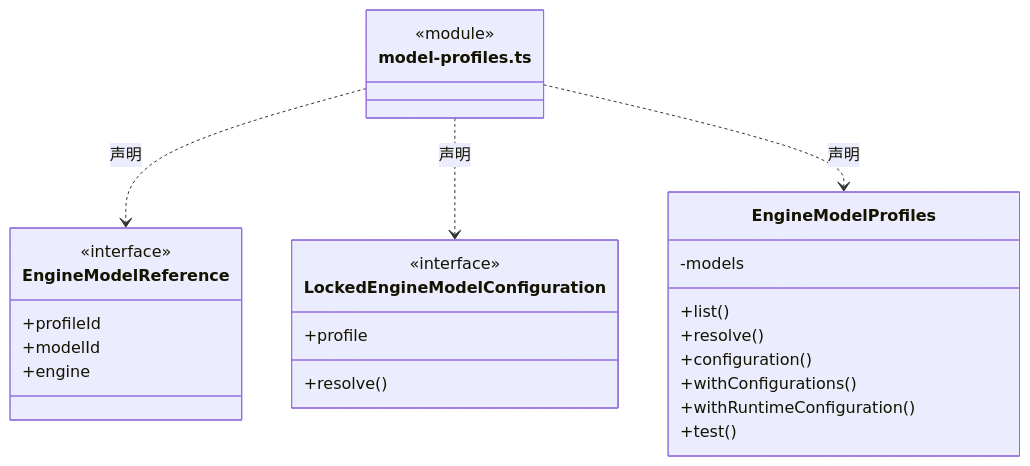
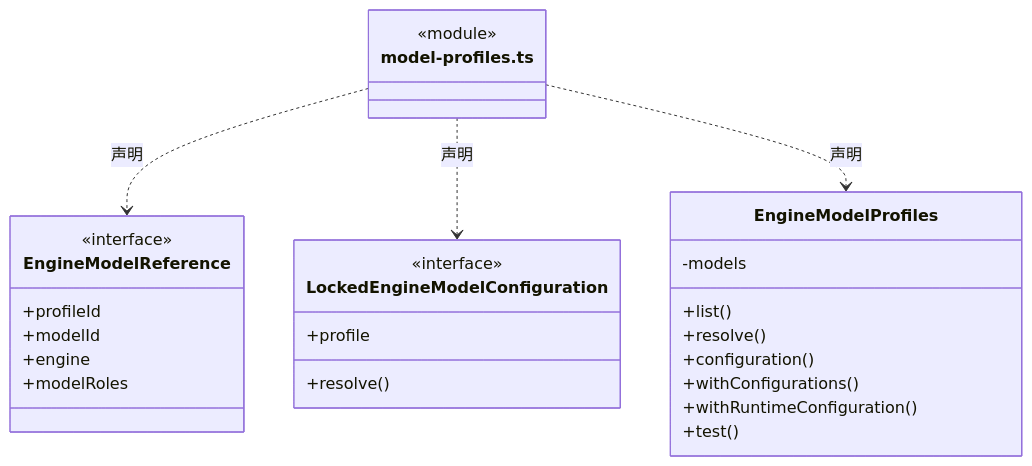
The second of 3 diagrams in src/logic/engines/service/ARCHITECTURE.md (nan023062/cbim), drawn with Mermaid before and after one commit. The commit also changed 62 other files, not shown here.

Commit message:
feat(engines): freeze versioned model roles across agent execution

````diff
--- a/src/logic/engines/service/ARCHITECTURE.md
+++ b/src/logic/engines/service/ARCHITECTURE.md
@@ -30,29 +30,30 @@
 ```mermaid
 classDiagram
 class N_src_logic_engines_service_model_profiles_ts["model-profiles.ts"] {
   <<module>>
 }
 class N_src_logic_engines_service_model_profiles_ts_EngineModelReference["EngineModelReference"] {
   <<interface>>
   +profileId
   +modelId
   +engine
+  +modelRoles
 }
 N_src_logic_engines_service_model_profiles_ts ..> N_src_logic_engines_service_model_profiles_ts_EngineModelReference : 声明
 class N_src_logic_engines_service_model_profiles_ts_LockedEngineModelConfiguration["LockedEngineModelConfiguration"] {
   <<interface>>
   +profile
   +resolve()
 }
 N_src_logic_engines_service_model_profiles_ts ..> N_src_logic_engines_service_model_profiles_ts_LockedEngineModelConfiguration : 声明
 class N_src_logic_engines_service_model_profiles_ts_EngineModelProfiles["EngineModelProfiles"] {
   +list()
   +resolve()
   +configuration()
   +withConfigurations()
   +withRuntimeConfiguration()
   +test()
   -models
 }
 N_src_logic_engines_service_model_profiles_ts ..> N_src_logic_engines_service_model_profiles_ts_EngineModelProfiles : 声明
 ```
````
